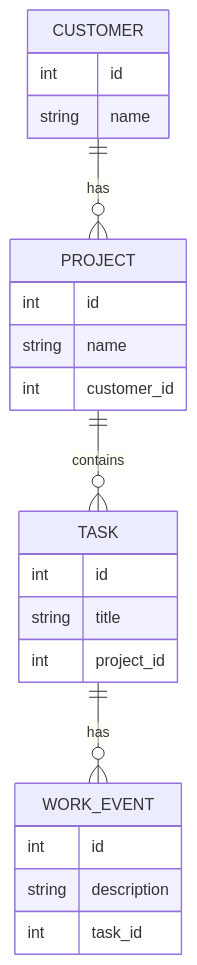
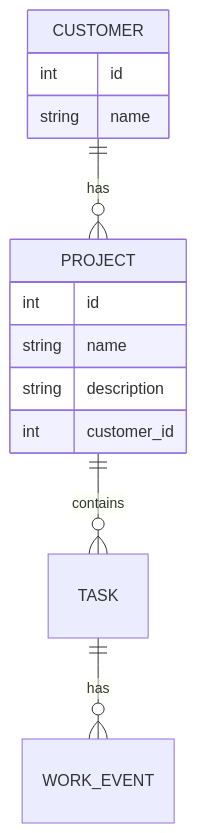
Before and after one commit to joukojo/go-what-did-i-do: the diagram in README.md, drawn with Mermaid. The commit also changed other lines of this file, not shown here.

````diff
--- a/README.md
+++ b/README.md
@@ -9,27 +9,18 @@
 ```mermaid
 erDiagram
     CUSTOMER ||--o{ PROJECT : has
     PROJECT ||--o{ TASK : contains
     TASK ||--o{ WORK_EVENT : has
 
     CUSTOMER {
         int id
         string name
     }
     PROJECT {
         int id
         string name
+        string description
         int customer_id
-    }
-    TASK {
-        int id
-        string title
-        int project_id
-    }
-    WORK_EVENT {
-        int id
-        string description
-        int task_id
     }
 
 ```
````
